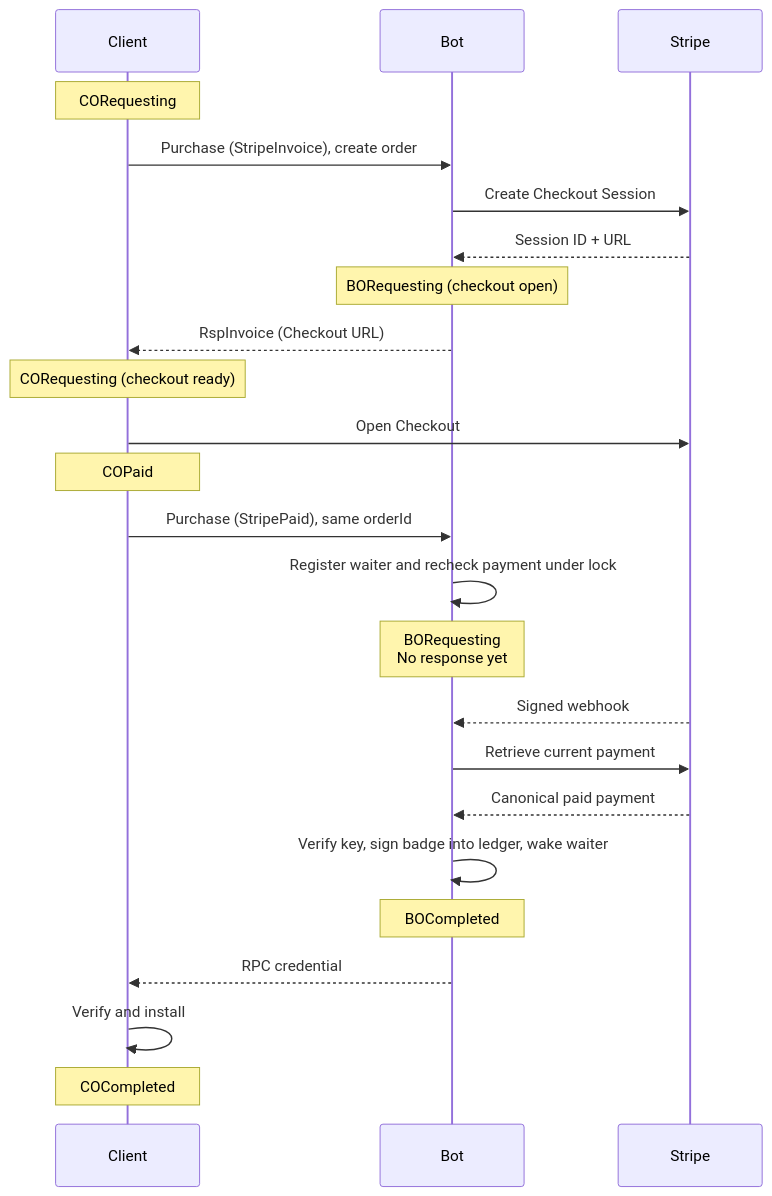
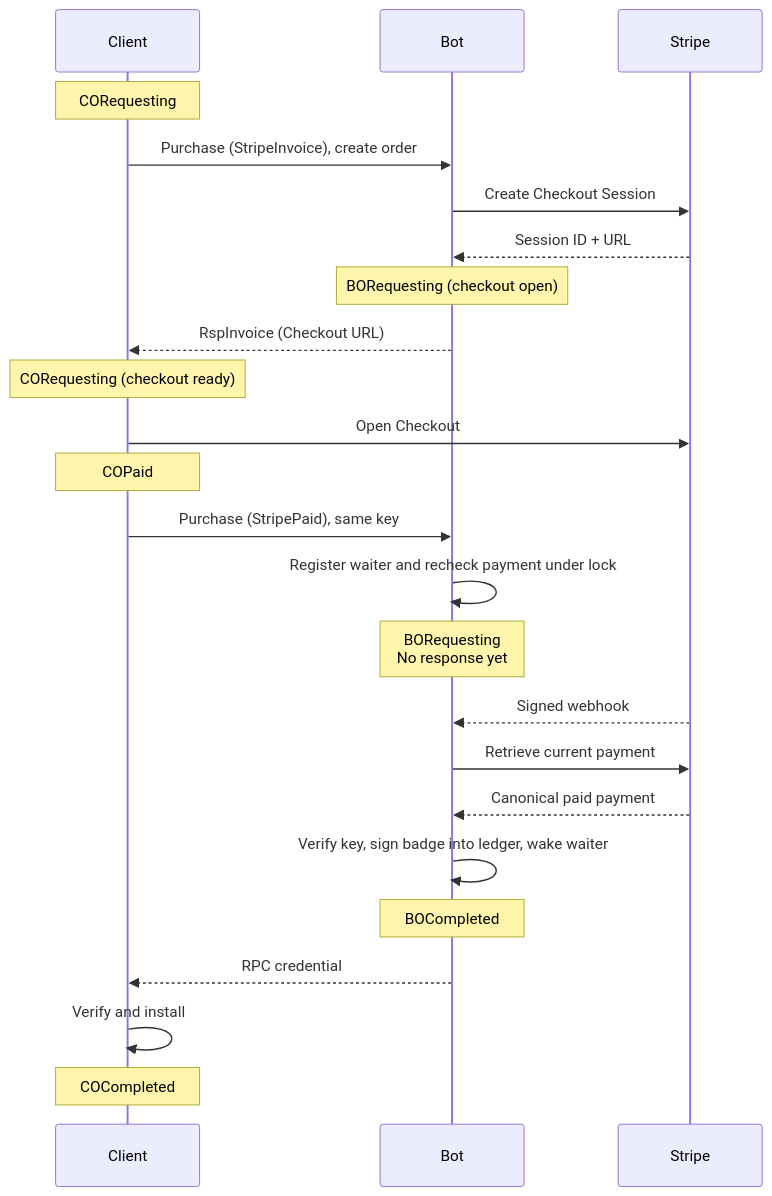
One commit to simplex-chat/simplex-chat changed the seventh of 9 diagrams in plans/2026-07-20-supporter-badges-v2-implementation.md. Above: the diagram before and after it, drawn with Mermaid. The commit also changed other lines of this file and 2 other files, not shown here.

First line of the commit message:
docs: identify orders by order key, drop orderId

````diff
--- a/plans/2026-07-20-supporter-badges-v2-implementation.md
+++ b/plans/2026-07-20-supporter-badges-v2-implementation.md
@@ -327,26 +325,26 @@
 ```mermaid
 sequenceDiagram
   participant C as Client
   participant B as Bot
   participant S as Stripe
   Note over C: CORequesting
   C->>B: Purchase (StripeInvoice), create order
   B->>S: Create Checkout Session
   S-->>B: Session ID + URL
   Note over B: BORequesting (checkout open)
   B-->>C: RspInvoice (Checkout URL)
   Note over C: CORequesting (checkout ready)
   C->>S: Open Checkout
   Note over C: COPaid
-  C->>B: Purchase (StripePaid), same orderId
+  C->>B: Purchase (StripePaid), same key
   B->>B: Register waiter and recheck payment under lock
   Note over B: BORequesting<br/>No response yet
   S-->>B: Signed webhook
   B->>S: Retrieve current payment
   S-->>B: Canonical paid payment
   B->>B: Verify key, sign badge into ledger, wake waiter
   Note over B: BOCompleted
   B-->>C: RPC credential
   C->>C: Verify and install
   Note over C: COCompleted
 ```
````
